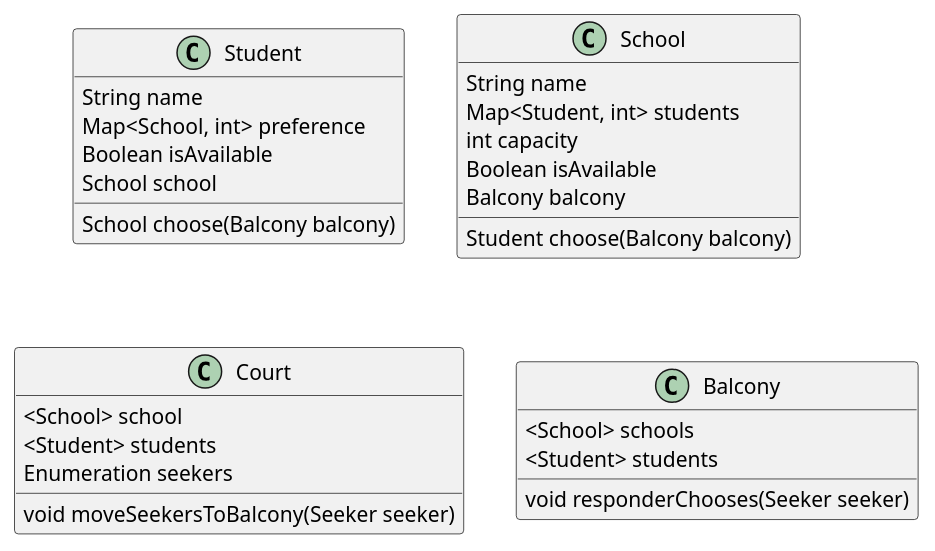
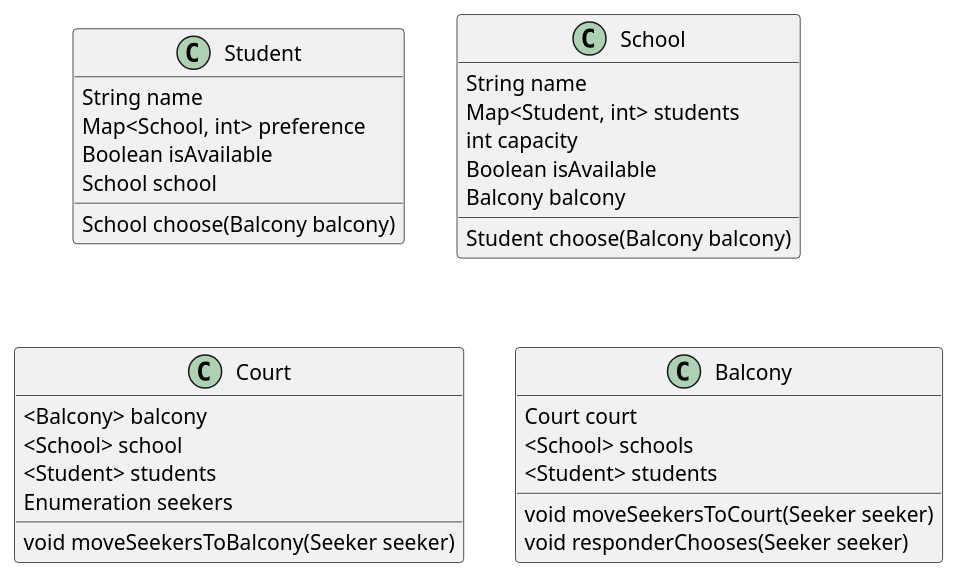
One commit to Paul-Arago/Graph-Project-1A changed the diagram in README.md. Above: the diagram before and after it, drawn with PlantUML.

````diff
--- a/README.md
+++ b/README.md
@@ -3,34 +3,37 @@
 ```plantuml
 @startuml
 class Student {
     String name
     Map<School, int> preference 
     Boolean isAvailable
     School school
     School choose(Balcony balcony)
 }
 
 class School {
     String name
     Map<Student, int> students
     int capacity
     Boolean isAvailable
     Balcony balcony
     Student choose(Balcony balcony)
 }
 
 class Court {
+    <Balcony> balcony
     <School> school
     <Student> students
     Enumeration seekers
     void moveSeekersToBalcony(Seeker seeker)
 }
 
 class Balcony {
+    Court court
     <School> schools
     <Student> students
+    void moveSeekersToCourt(Seeker seeker)
     void responderChooses(Seeker seeker)
 }
 
 @enduml
 ```
````
